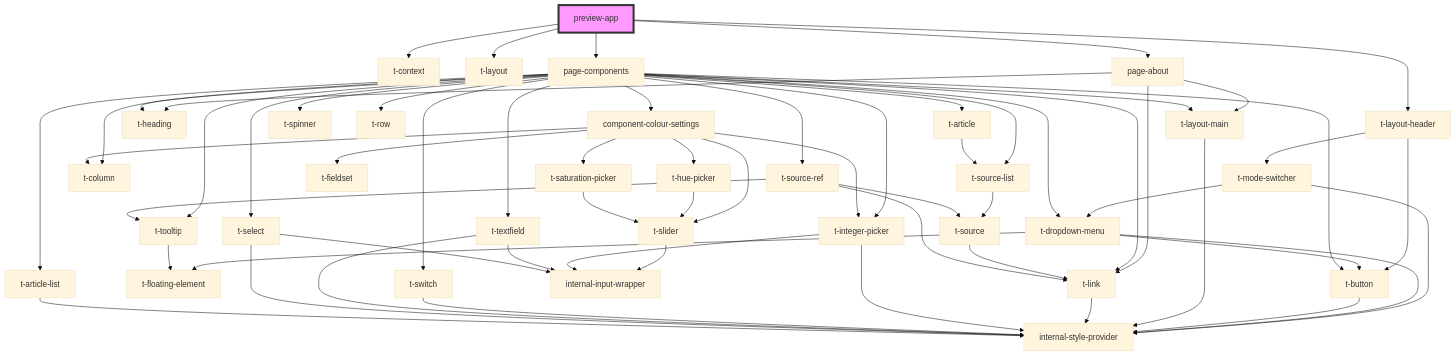
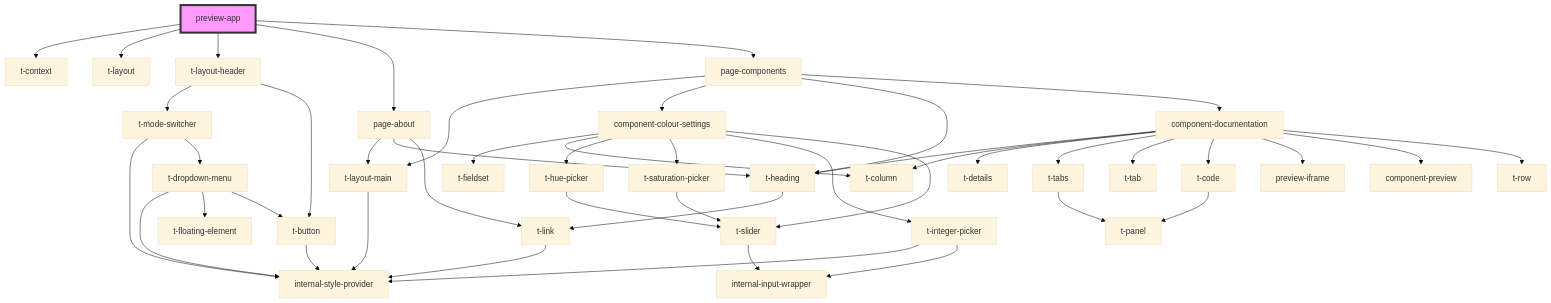
The diagram in packages/t-web-components/src/preview-app/readme.md (TomasEng/web-components), drawn with Mermaid (base theme) before and after one commit. The commit also changed 27 other files, not shown here.

````diff
--- a/packages/t-web-components/src/preview-app/readme.md
+++ b/packages/t-web-components/src/preview-app/readme.md
@@ -19,64 +19,49 @@
 ```mermaid
 graph TD;
   preview-app --> t-context
   preview-app --> t-layout
   preview-app --> t-layout-header
   preview-app --> page-about
   preview-app --> page-components
   t-layout-header --> t-mode-switcher
   t-layout-header --> t-button
   t-mode-switcher --> internal-style-provider
   t-mode-switcher --> t-dropdown-menu
   t-dropdown-menu --> internal-style-provider
   t-dropdown-menu --> t-floating-element
   t-dropdown-menu --> t-button
   t-button --> internal-style-provider
   page-about --> t-layout-main
   page-about --> t-heading
   page-about --> t-link
   t-layout-main --> internal-style-provider
+  t-heading --> t-link
   t-link --> internal-style-provider
   page-components --> t-layout-main
   page-components --> component-colour-settings
   page-components --> t-heading
-  page-components --> t-button
-  page-components --> t-column
-  page-components --> t-switch
-  page-components --> t-integer-picker
-  page-components --> t-textfield
-  page-components --> t-select
-  page-components --> t-dropdown-menu
-  page-components --> t-link
-  page-components --> t-source-list
-  page-components --> t-article
-  page-components --> t-source-ref
-  page-components --> t-article-list
-  page-components --> t-spinner
-  page-components --> t-tooltip
-  page-components --> t-row
+  page-components --> component-documentation
   component-colour-settings --> t-fieldset
   component-colour-settings --> t-column
   component-colour-settings --> t-hue-picker
   component-colour-settings --> t-saturation-picker
   component-colour-settings --> t-integer-picker
   component-colour-settings --> t-slider
   t-hue-picker --> t-slider
   t-slider --> internal-input-wrapper
   t-saturation-picker --> t-slider
   t-integer-picker --> internal-style-provider
   t-integer-picker --> internal-input-wrapper
-  t-switch --> internal-style-provider
-  t-textfield --> internal-style-provider
-  t-textfield --> internal-input-wrapper
-  t-select --> internal-style-provider
-  t-select --> internal-input-wrapper
-  t-source-list --> t-source
-  t-source --> t-link
-  t-article --> t-source-list
-  t-source-ref --> t-tooltip
-  t-source-ref --> t-link
-  t-source-ref --> t-source
-  t-tooltip --> t-floating-element
-  t-article-list --> internal-style-provider
+  component-documentation --> t-heading
+  component-documentation --> t-column
+  component-documentation --> t-details
+  component-documentation --> t-tabs
+  component-documentation --> t-tab
+  component-documentation --> t-code
+  component-documentation --> preview-iframe
+  component-documentation --> component-preview
+  component-documentation --> t-row
+  t-tabs --> t-panel
+  t-code --> t-panel
   style preview-app fill:#f9f,stroke:#333,stroke-width:4px
 ```
````
